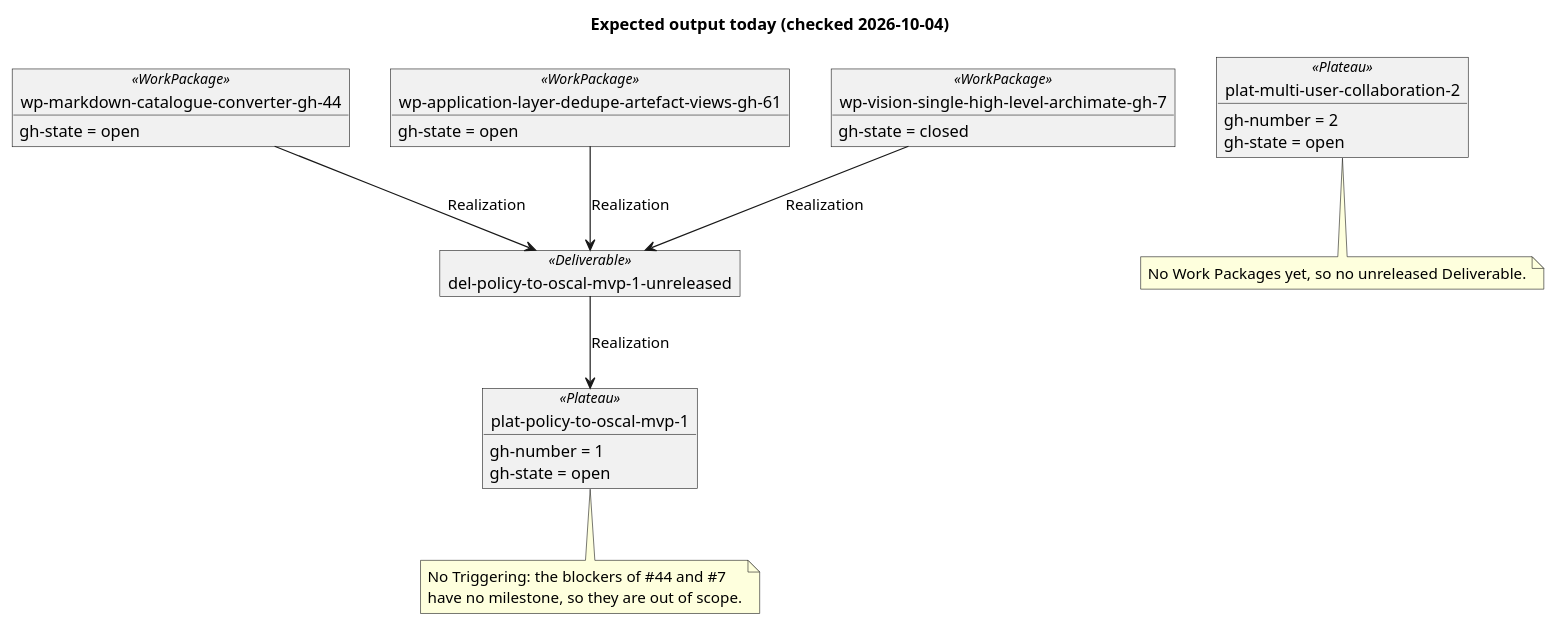
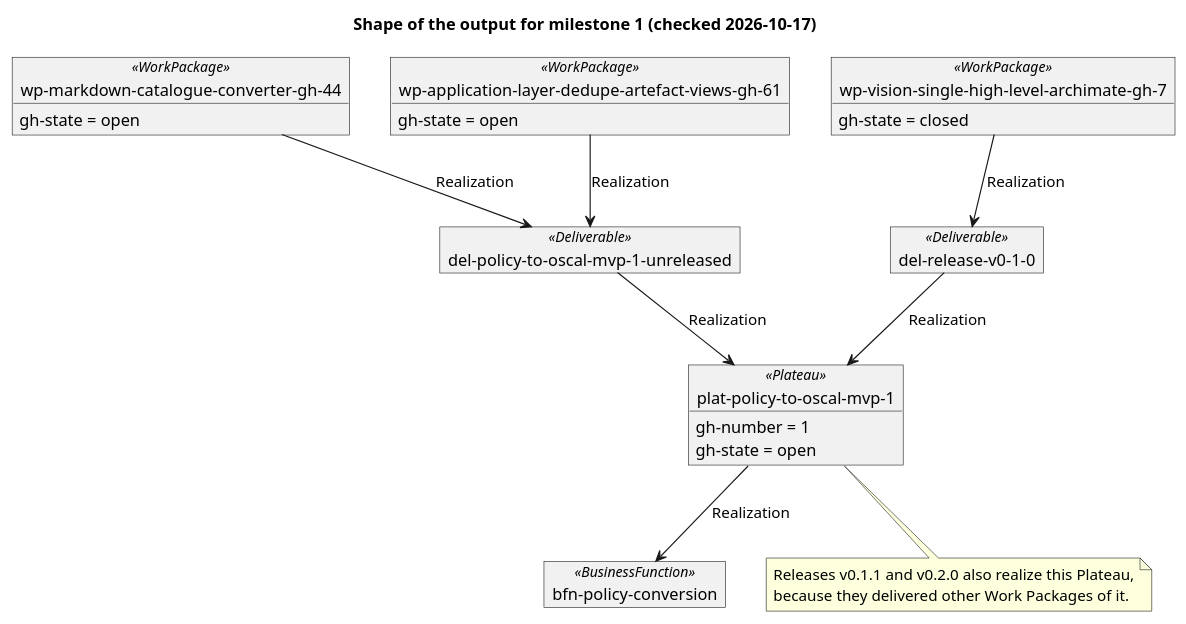
Before and after one commit to wolffy-au/frictionless-architect: the diagram in specs/003-gh-roadmap-archimate/quickstart.md, drawn with PlantUML. The commit also changed other lines of this file, not shown here.

````diff
--- a/specs/003-gh-roadmap-archimate/quickstart.md
+++ b/specs/003-gh-roadmap-archimate/quickstart.md
@@ -23,32 +31,31 @@
 ```plantuml
 @startuml
-title Expected output today (checked 2026-10-04)
+title Shape of the output for milestone 1 (checked 2026-10-17)
 hide empty members
 
 object "plat-policy-to-oscal-mvp-1" as P <<Plateau>> {
   gh-number = 1
   gh-state = open
 }
 object "wp-markdown-catalogue-converter-gh-44" as W44 <<WorkPackage>> {
   gh-state = open
 }
 object "wp-application-layer-dedupe-artefact-views-gh-61" as W61 <<WorkPackage>> {
   gh-state = open
 }
 object "wp-vision-single-high-level-archimate-gh-7" as W7 <<WorkPackage>> {
   gh-state = closed
 }
-object "plat-multi-user-collaboration-2" as P2 <<Plateau>> {
-  gh-number = 2
-  gh-state = open
-}
 object "del-policy-to-oscal-mvp-1-unreleased" as D <<Deliverable>>
+object "del-release-v0-1-0" as R <<Deliverable>>
+object "bfn-policy-conversion" as B <<BusinessFunction>>
 
 W44 --> D : Realization
 W61 --> D : Realization
-W7 --> D : Realization
+W7 --> R : Realization
 D --> P : Realization
-note bottom of P2 : No Work Packages yet, so no unreleased Deliverable.
-note bottom of P : No Triggering: the blockers of #44 and #7\nhave no milestone, so they are out of scope.
+R --> P : Realization
+P --> B : Realization
+note bottom of P : Releases v0.1.1 and v0.2.0 also realize this Plateau,\nbecause they delivered other Work Packages of it.
 @enduml
 ```
````
